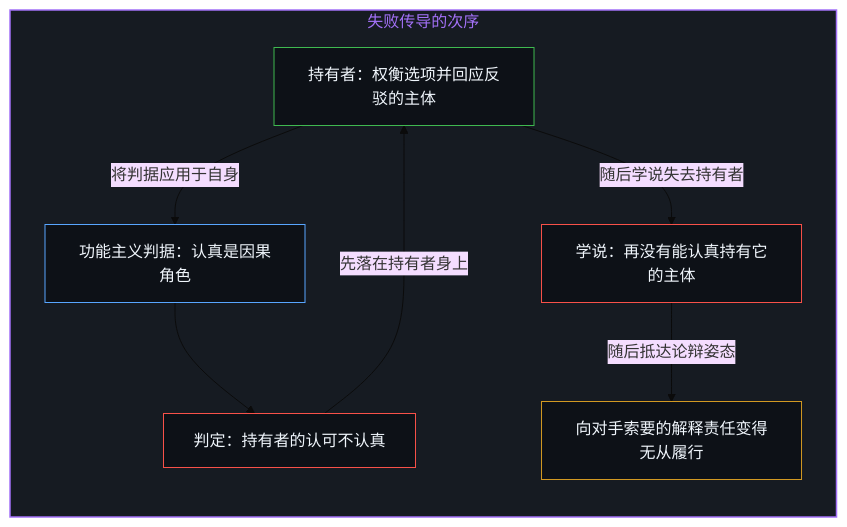
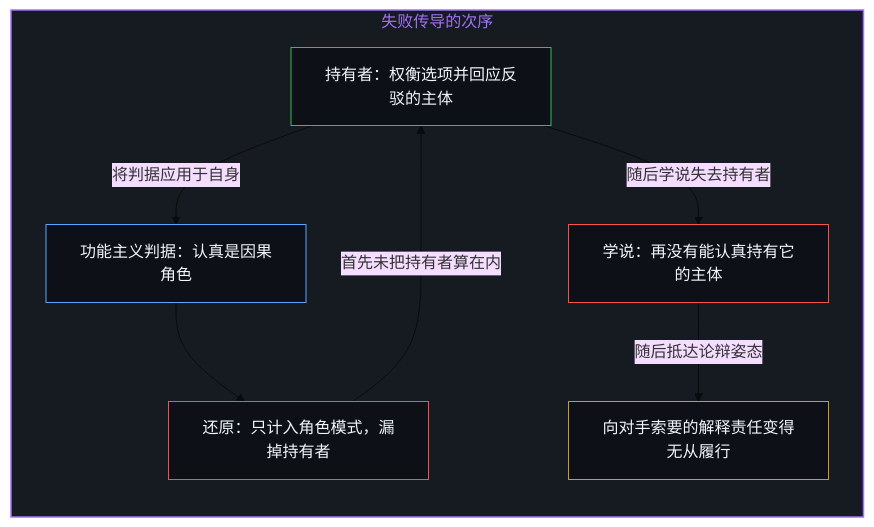
The first of 6 diagrams in content/posts/the-functionalism-no-functionalist-can-hold.md (powerpig99/not-a-toe), drawn with Mermaid (base theme) before and after one commit. The commit also changed other lines of this file and 2 other files, not shown here.

````diff
--- a/content/posts/the-functionalism-no-functionalist-can-hold.md
+++ b/content/posts/the-functionalism-no-functionalist-can-hold.md
@@ -17,22 +17,22 @@
 ```mermaid
 flowchart TD
     subgraph S_ORDER_ZH ["失败传导的次序"]
         direction TB
-        style S_ORDER_ZH fill:#161b22,stroke:#a371f7,stroke-width:1.5px,color:#a371f7
         Subject["持有者：权衡选项并回应反驳的主体"]
         Criteria["功能主义判据：认真是因果角色"]
-        Verdict["判定：持有者的认可不认真"]
+        Verdict["还原：只计入角色模式，漏掉持有者"]
         Doctrine["学说：再没有能认真持有它的主体"]
         Burden["向对手索要的解释责任变得无从履行"]
-        style Subject fill:#0d1117,stroke:#3fb950,stroke-width:1px,color:#f0f6fc
-        style Criteria fill:#0d1117,stroke:#58a6ff,stroke-width:1px,color:#f0f6fc
-        style Verdict fill:#0d1117,stroke:#f85149,stroke-width:1px,color:#f0f6fc
-        style Doctrine fill:#0d1117,stroke:#f85149,stroke-width:1px,color:#f0f6fc
-        style Burden fill:#0d1117,stroke:#d29922,stroke-width:1px,color:#f0f6fc
     end
     Subject -->|"将判据应用于自身"| Criteria
     Criteria --> Verdict
-    Verdict -->|"先落在持有者身上"| Subject
+    Verdict -->|"首先未把持有者算在内"| Subject
     Subject -->|"随后学说失去持有者"| Doctrine
     Doctrine -->|"随后抵达论辩姿态"| Burden
+    style S_ORDER_ZH fill:#161b22,stroke:#a371f7,stroke-width:1.5px,color:#a371f7
+    style Subject fill:#0d1117,stroke:#3fb950,stroke-width:1px,color:#f0f6fc
+    style Criteria fill:#0d1117,stroke:#58a6ff,stroke-width:1px,color:#f0f6fc
+    style Verdict fill:#0d1117,stroke:#f85149,stroke-width:1px,color:#f0f6fc
+    style Doctrine fill:#0d1117,stroke:#f85149,stroke-width:1px,color:#f0f6fc
+    style Burden fill:#0d1117,stroke:#d29922,stroke-width:1px,color:#f0f6fc
 ```
````
